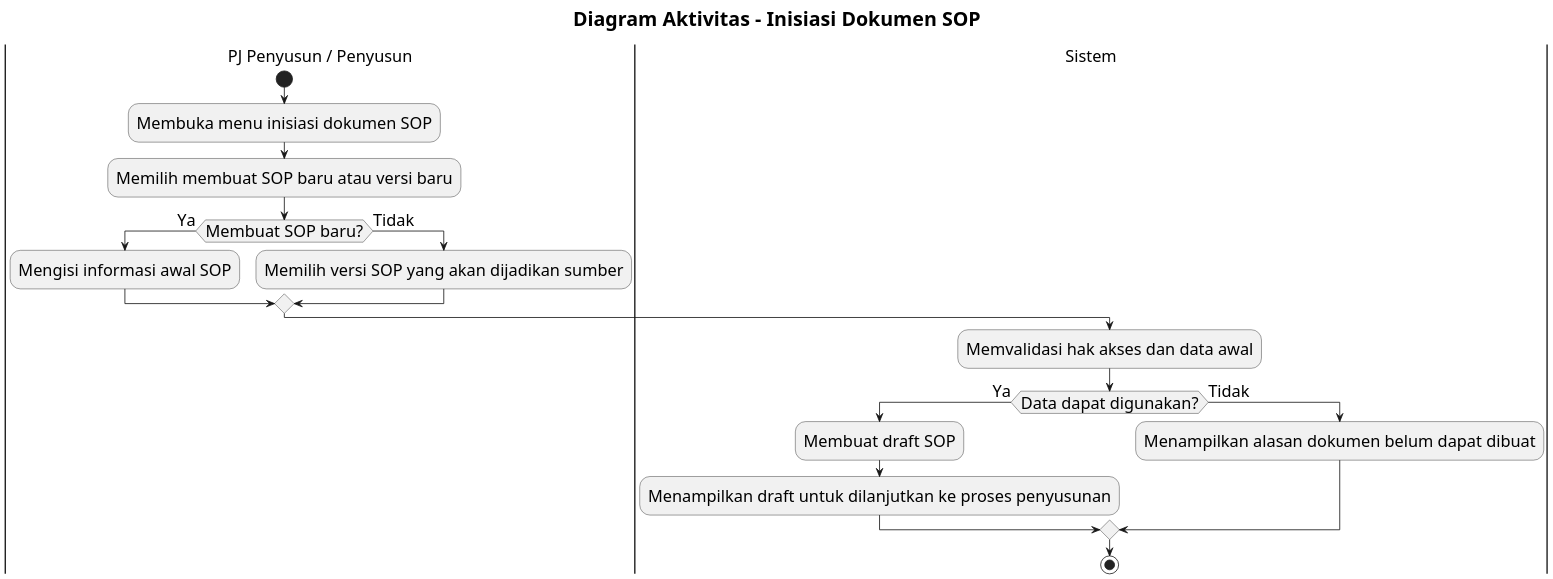
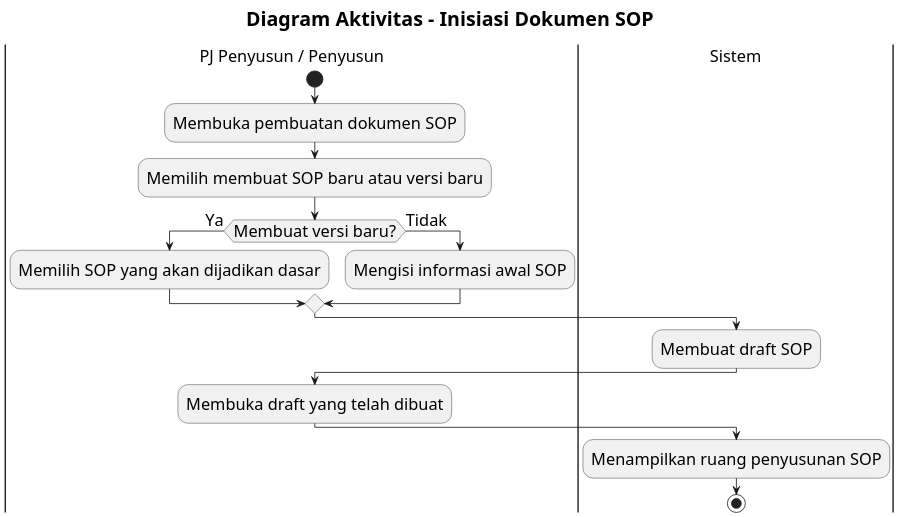
The diagram in docs/activity-diagram/lampiran/pj-penyusun-penyusun-inisiasi-dokumen-sop.md (howlil/sop-generate-app), drawn with PlantUML before and after one commit. The commit also changed other lines of this file and 20 other files, not shown here.

Commit message:
docs(activity): simplify flows to business-level design

````diff
--- a/docs/activity-diagram/lampiran/pj-penyusun-penyusun-inisiasi-dokumen-sop.md
+++ b/docs/activity-diagram/lampiran/pj-penyusun-penyusun-inisiasi-dokumen-sop.md
@@ -16,33 +16,32 @@
 ```plantuml
 @startuml
 skinparam defaultFontSize 20
 skinparam titleFontSize 24
 skinparam dpi 160
 
 title Diagram Aktivitas - Inisiasi Dokumen SOP
 
 |PJ Penyusun / Penyusun|
 start
-:Membuka menu inisiasi dokumen SOP;
+:Membuka pembuatan dokumen SOP;
 :Memilih membuat SOP baru atau versi baru;
 
-if (Membuat SOP baru?) then (Ya)
+if (Membuat versi baru?) then (Ya)
+  :Memilih SOP yang akan dijadikan dasar;
+else (Tidak)
   :Mengisi informasi awal SOP;
-else (Tidak)
-  :Memilih versi SOP yang akan dijadikan sumber;
 endif
 
 |Sistem|
-:Memvalidasi hak akses dan data awal;
+:Membuat draft SOP;
 
-if (Data dapat digunakan?) then (Ya)
-  :Membuat draft SOP;
-  :Menampilkan draft untuk dilanjutkan ke proses penyusunan;
-else (Tidak)
-  :Menampilkan alasan dokumen belum dapat dibuat;
-endif
+|PJ Penyusun / Penyusun|
+:Membuka draft yang telah dibuat;
+
+|Sistem|
+:Menampilkan ruang penyusunan SOP;
 
 stop
 
 @enduml
 ```
````
